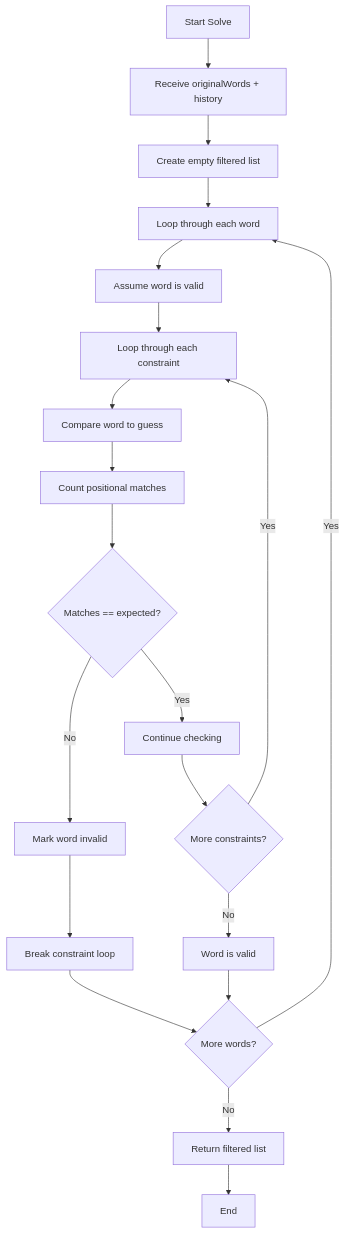
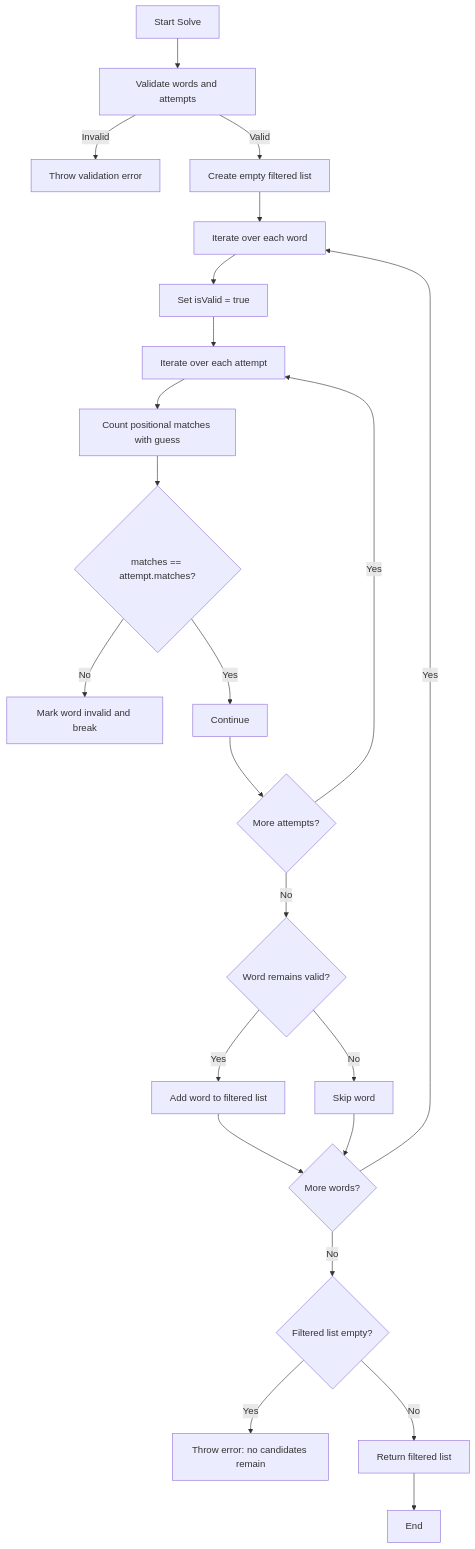
One commit to BobbyJoeCool/HTML-Projects changed the diagram in TerminalHacker/solveLogic.mmd. Above: the diagram before and after it, drawn with Mermaid. The commit also changed 8 other files, not shown here.

```diff
--- a/TerminalHacker/solveLogic.mmd
+++ b/TerminalHacker/solveLogic.mmd
@@ -1,33 +1,31 @@
 flowchart TD
-    A[Start Solve] --> B[Receive originalWords + history]
+    A[Start Solve] --> B[Validate words and attempts]
 
-    B --> C[Create empty filtered list]
+    B -->|Invalid| C[Throw validation error]
+    B -->|Valid| D[Create empty filtered list]
 
-    C --> D[Loop through each word]
+    D --> E[Iterate over each word]
+    E --> F[Set isValid = true]
 
-    D --> E[Assume word is valid]
+    F --> G[Iterate over each attempt]
+    G --> H[Count positional matches with guess]
 
-    E --> F[Loop through each constraint]
+    H --> I{matches == attempt.matches?}
+    I -->|No| J[Mark word invalid and break]
+    I -->|Yes| K[Continue]
 
-    F --> G[Compare word to guess]
+    K --> L{More attempts?}
+    L -->|Yes| G
+    L -->|No| M{Word remains valid?}
 
-    G --> H[Count positional matches]
+    M -->|Yes| N[Add word to filtered list]
+    M -->|No| O[Skip word]
 
-    H --> I{Matches == expected?}
+    N --> P{More words?}
+    O --> P
+    P -->|Yes| E
+    P -->|No| Q{Filtered list empty?}
 
-    I -->|No| J[Mark word invalid]
-    I -->|Yes| K[Continue checking]
-
-    J --> L[Break constraint loop]
-
-    K --> M{More constraints?}
-    M -->|Yes| F
-    M -->|No| N[Word is valid]
-
-    L --> O{More words?}
-    N --> O
-
-    O -->|Yes| D
-    O -->|No| P[Return filtered list]
-
-    P --> Q[End]
+    Q -->|Yes| R[Throw error: no candidates remain]
+    Q -->|No| S[Return filtered list]
+    S --> T[End]
```
